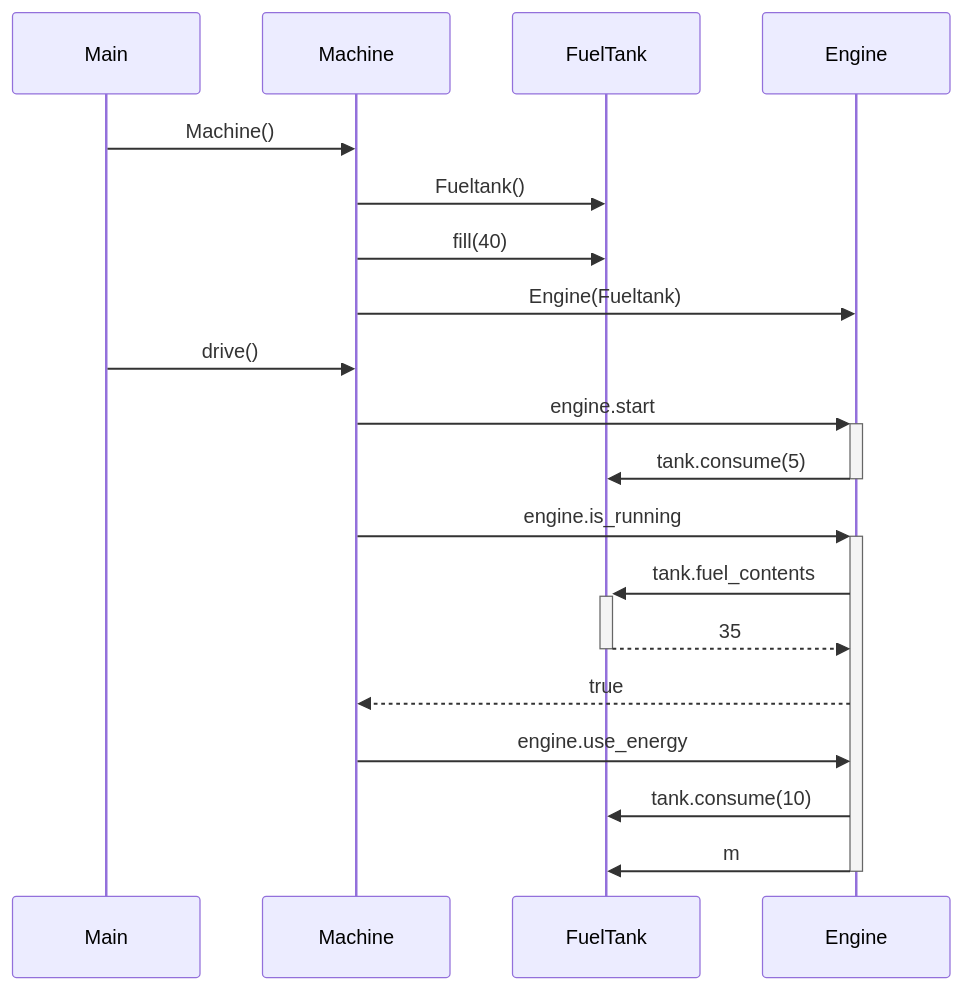
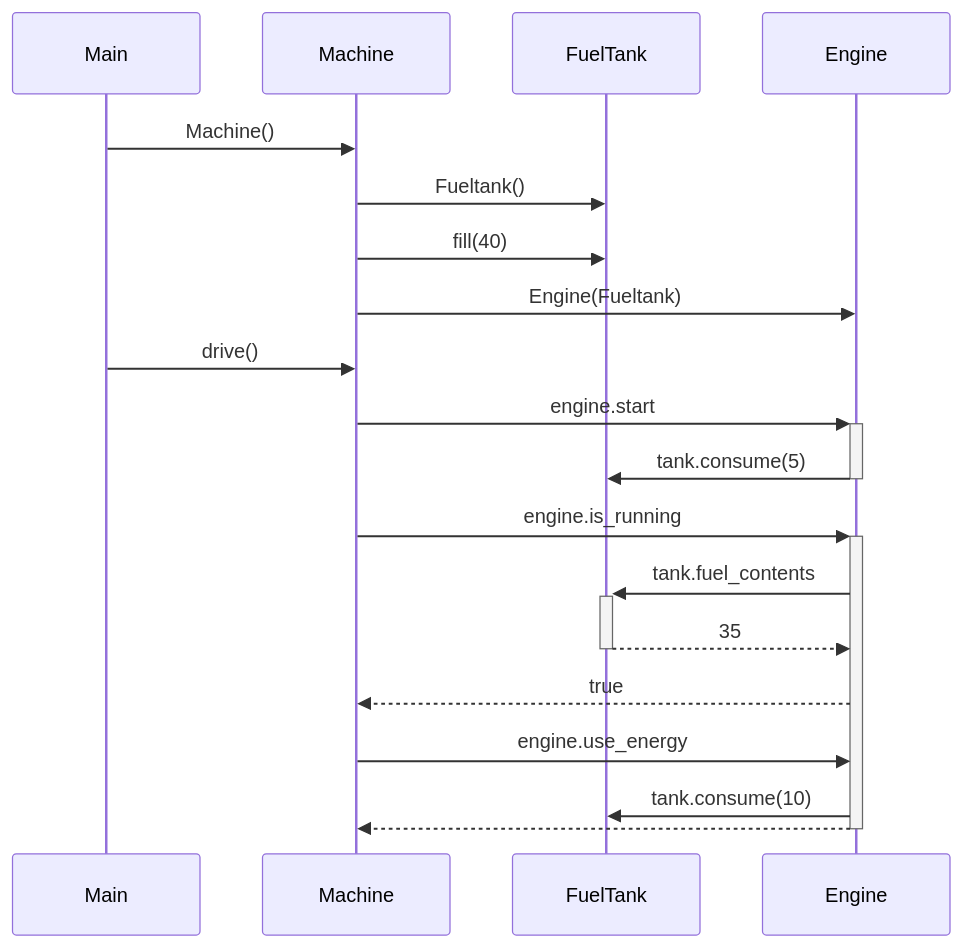
The diagram in laskarit/viikko3/machine.md (Nanotiike/ot-harjoitustyo), drawn with Mermaid before and after one commit.

````diff
--- a/laskarit/viikko3/machine.md
+++ b/laskarit/viikko3/machine.md
@@ -1,21 +1,21 @@
 ```mermaid
 sequenceDiagram
    participant X as Main
    participant M as Machine
    participant F as FuelTank
    participant E as Engine
    X ->> M: Machine()
    M ->> F: Fueltank()
    M ->> F: fill(40)
    M ->> E: Engine(Fueltank)
    X ->> M: drive()
    M ->>+ E: engine.start
    E ->>- F: tank.consume(5)
    M ->>+ E: engine.is_running
    E ->>+ F: tank.fuel_contents
    F -->>- E: 35
    E -->> M: true
    M ->> E: engine.use_energy
    E ->> F: tank.consume(10)
-   E ->>- F: m
+   E -->>- M:  
 ```
````
